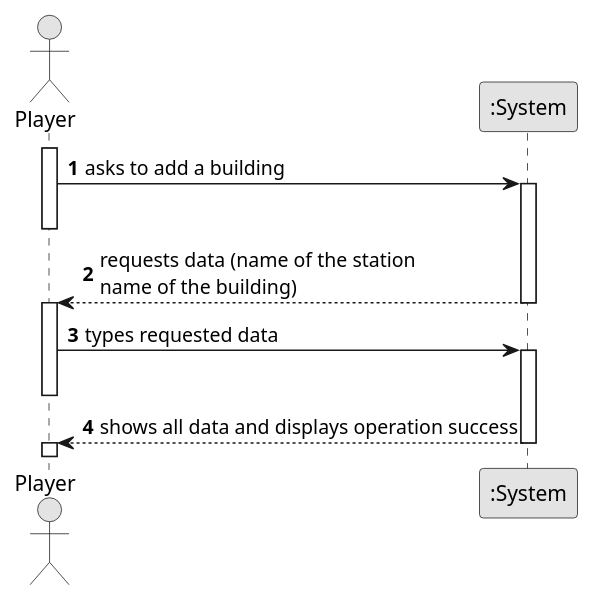
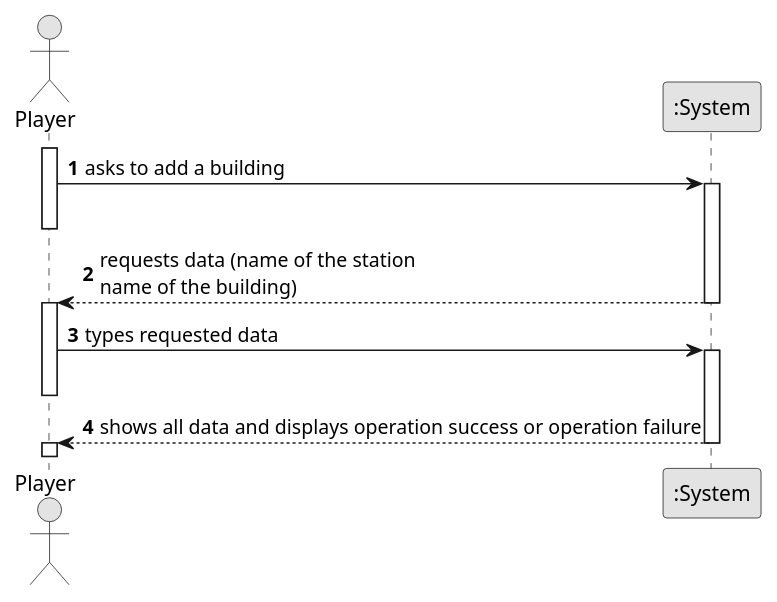
The diagram in docs/sprint1/us006/01.requirements-engineering/puml/us006-system-sequence-diagram.puml (ivasduarte/all-aboard), drawn with PlantUML before and after one commit. The commit also changed 1 other file, not shown here.

```diff
--- a/docs/sprint1/us006/01.requirements-engineering/puml/us006-system-sequence-diagram.puml
+++ b/docs/sprint1/us006/01.requirements-engineering/puml/us006-system-sequence-diagram.puml
@@ -1,29 +1,29 @@
 @startuml
 skinparam monochrome true
 skinparam packageStyle rectangle
 skinparam shadowing false
 
 autonumber
 
 actor "Player" as Player
 participant ":System" as System
 
 activate Player
 
     Player -> System : asks to add a building
     activate System
     deactivate Player
 
     System --> Player : requests data (name of the station\nname of the building)
     deactivate System
     activate Player
 
     Player -> System : types requested data
     activate System
     deactivate Player
 
-    System --> Player : shows all data and displays operation success
+    System --> Player : shows all data and displays operation success or operation failure
     deactivate System
     activate Player
 
 @enduml
```
